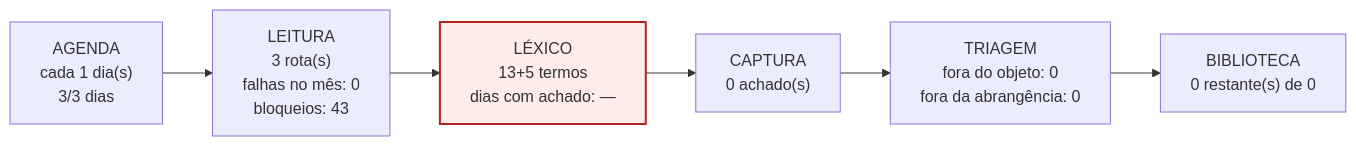
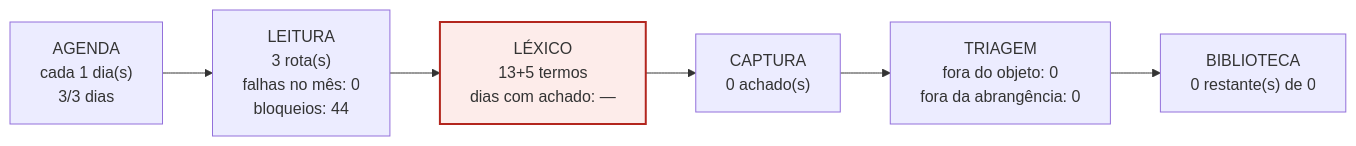
Diagram 26 of 30 in biblioteca_alexandria/pareceres/RELATORIO-MOTORES-INDIVIDUAL-2026-09-24.md (amcjardimamerica-arch/Eldorado), drawn with Mermaid before and after one commit. The commit also changed other lines of this file and 10 other files, not shown here.

````diff
--- a/biblioteca_alexandria/pareceres/RELATORIO-MOTORES-INDIVIDUAL-2026-09-24.md
+++ b/biblioteca_alexandria/pareceres/RELATORIO-MOTORES-INDIVIDUAL-2026-09-24.md
@@ -977,11 +977,11 @@
 ```mermaid
 flowchart LR
   A["AGENDA<br/>cada 1 dia(s)<br/>3/3 dias"]
-  L["LEITURA<br/>3 rota(s)<br/>falhas no mês: 0<br/>bloqueios: 43"]
+  L["LEITURA<br/>3 rota(s)<br/>falhas no mês: 0<br/>bloqueios: 44"]
   X["LÉXICO<br/>13+5 termos<br/>dias com achado: —"]
   C["CAPTURA<br/>0 achado(s)"]
   T["TRIAGEM<br/>fora do objeto: 0<br/>fora da abrangência: 0"]
   B["BIBLIOTECA<br/>0 restante(s) de 0"]
   A --> L --> X --> C --> T --> B
   style X fill:#FDECEA,stroke:#B3261E,stroke-width:2px
 ```
````
